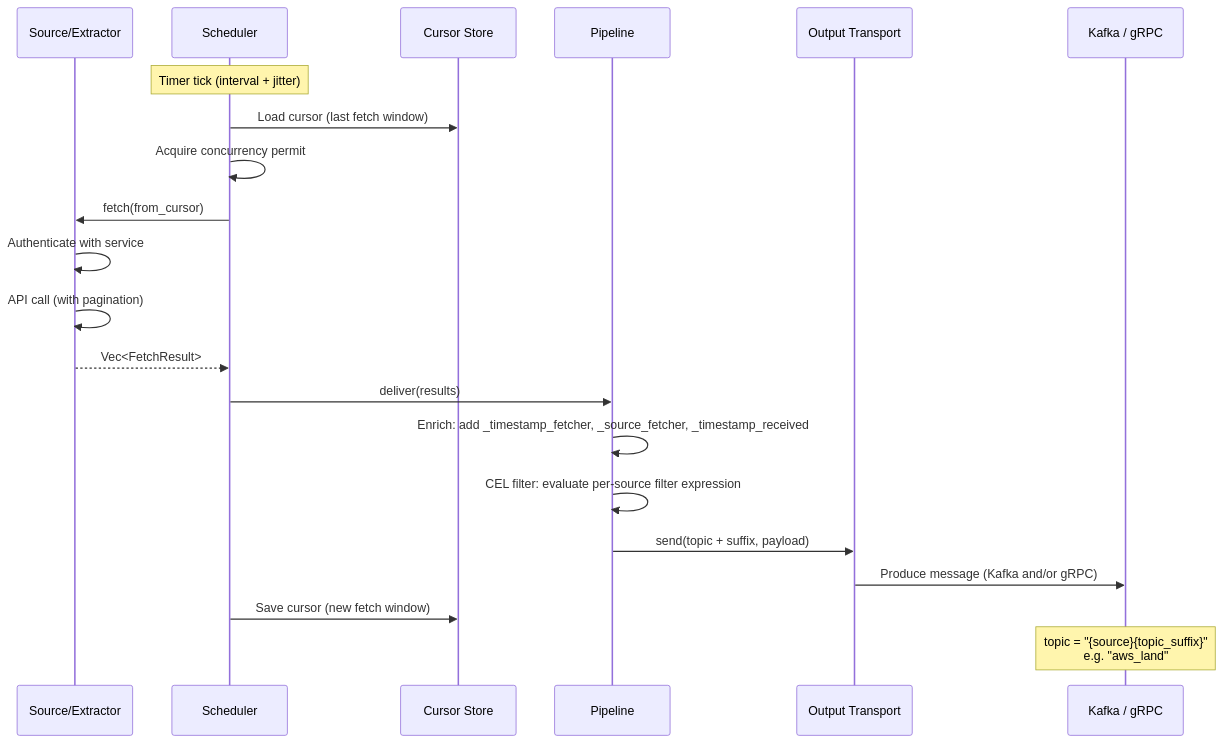
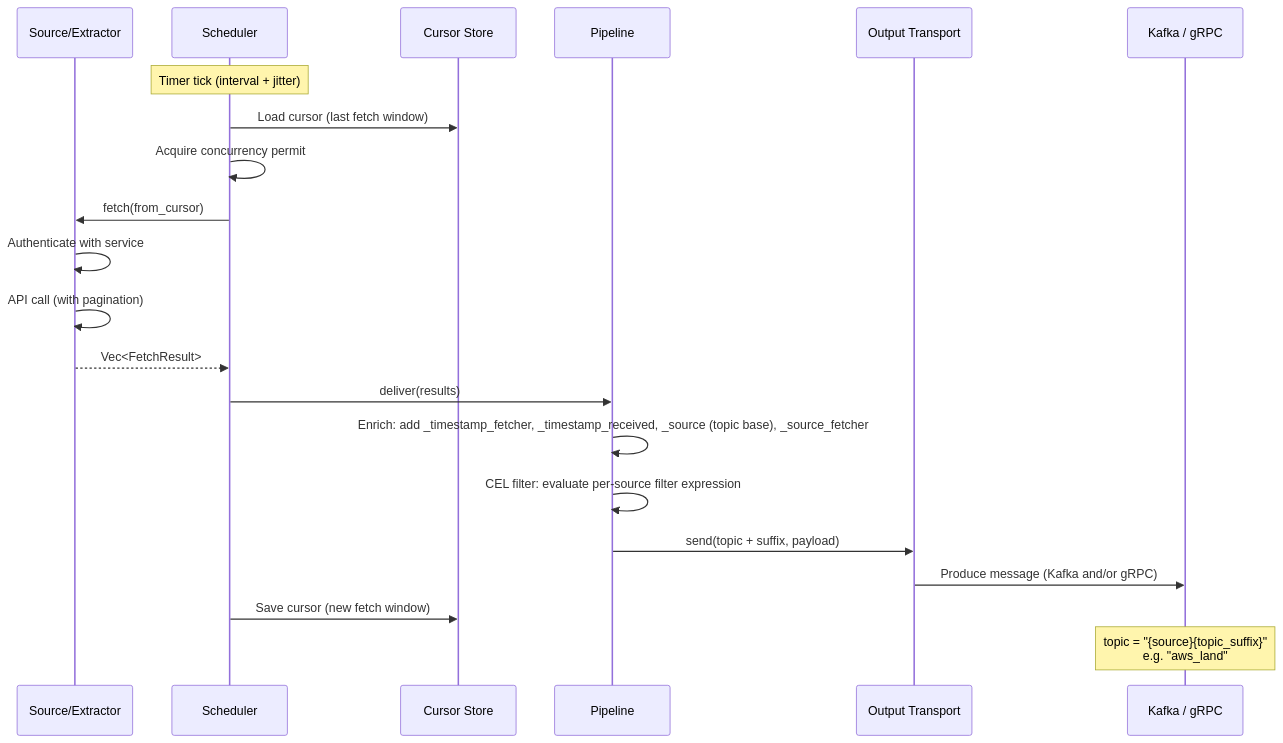
The third of 8 diagrams in docs/DESIGN.md (hyperi-io/dfe-fetcher), drawn with Mermaid before and after one commit. The commit also changed 9 other files, not shown here.

````diff
--- a/docs/DESIGN.md
+++ b/docs/DESIGN.md
@@ -115,24 +115,24 @@
 ```mermaid
 sequenceDiagram
     participant S as Source/Extractor
     participant Sch as Scheduler
     participant C as Cursor Store
     participant P as Pipeline
     participant O as Output Transport
     participant T as Kafka / gRPC
 
     Note over Sch: Timer tick (interval + jitter)
     Sch->>C: Load cursor (last fetch window)
     Sch->>Sch: Acquire concurrency permit
     Sch->>S: fetch(from_cursor)
     S->>S: Authenticate with service
     S->>S: API call (with pagination)
     S-->>Sch: Vec<FetchResult>
     Sch->>P: deliver(results)
-    P->>P: Enrich: add _timestamp_fetcher, _source_fetcher, _timestamp_received
+    P->>P: Enrich: add _timestamp_fetcher, _timestamp_received, _source (topic base), _source_fetcher
     P->>P: CEL filter: evaluate per-source filter expression
     P->>O: send(topic + suffix, payload)
     O->>T: Produce message (Kafka and/or gRPC)
     Sch->>C: Save cursor (new fetch window)
     Note over T: topic = "{source}{topic_suffix}"<br>e.g. "aws_land"
 ```
````
